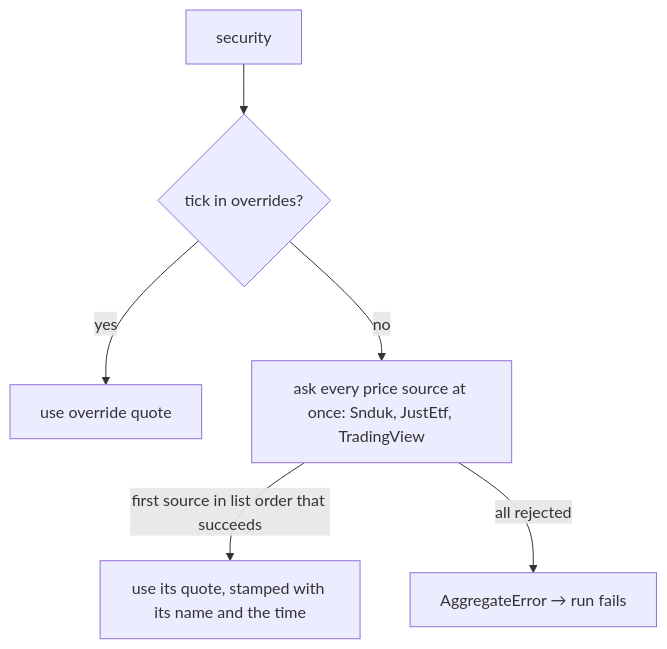
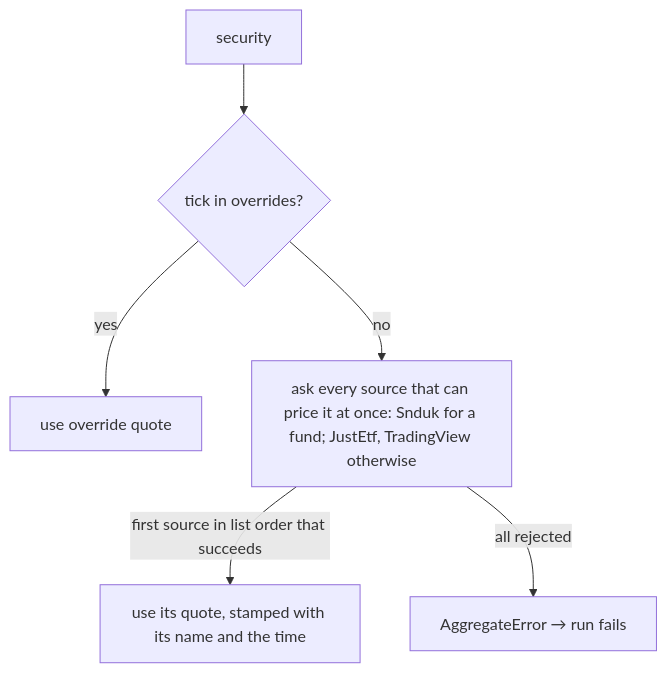
The diagram in docs/domain/market-data.md (armaaar/stock-calc), drawn with Mermaid before and after one commit. The commit also changed other lines of this file and 4 other files, not shown here.

Commit message:
docs: describe per-security source routing, and point a failing fund at its snduk page

````diff
--- a/docs/domain/market-data.md
+++ b/docs/domain/market-data.md
@@ -30,8 +30,8 @@
 ```mermaid
 flowchart TD
   A[security] --> B{tick in overrides?}
   B -- yes --> Q[use override quote]
-  B -- no --> C["ask every price source at once: Snduk, JustEtf, TradingView"]
+  B -- no --> C["ask every source that can price it at once: Snduk for a fund; JustEtf, TradingView otherwise"]
   C -- first source in list order that succeeds --> Q2[use its quote, stamped with its name and the time]
   C -- all rejected --> E[AggregateError → run fails]
 ```
````
